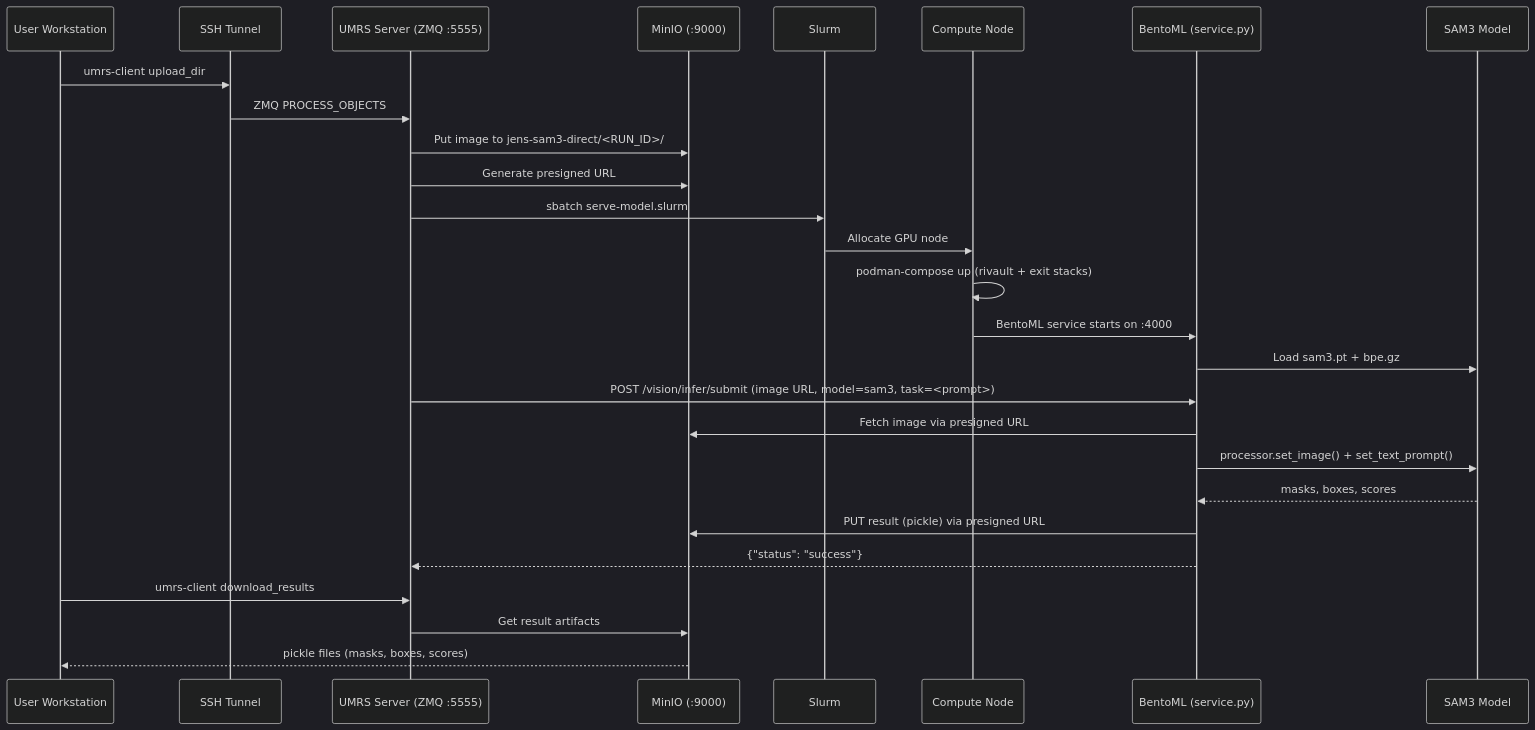
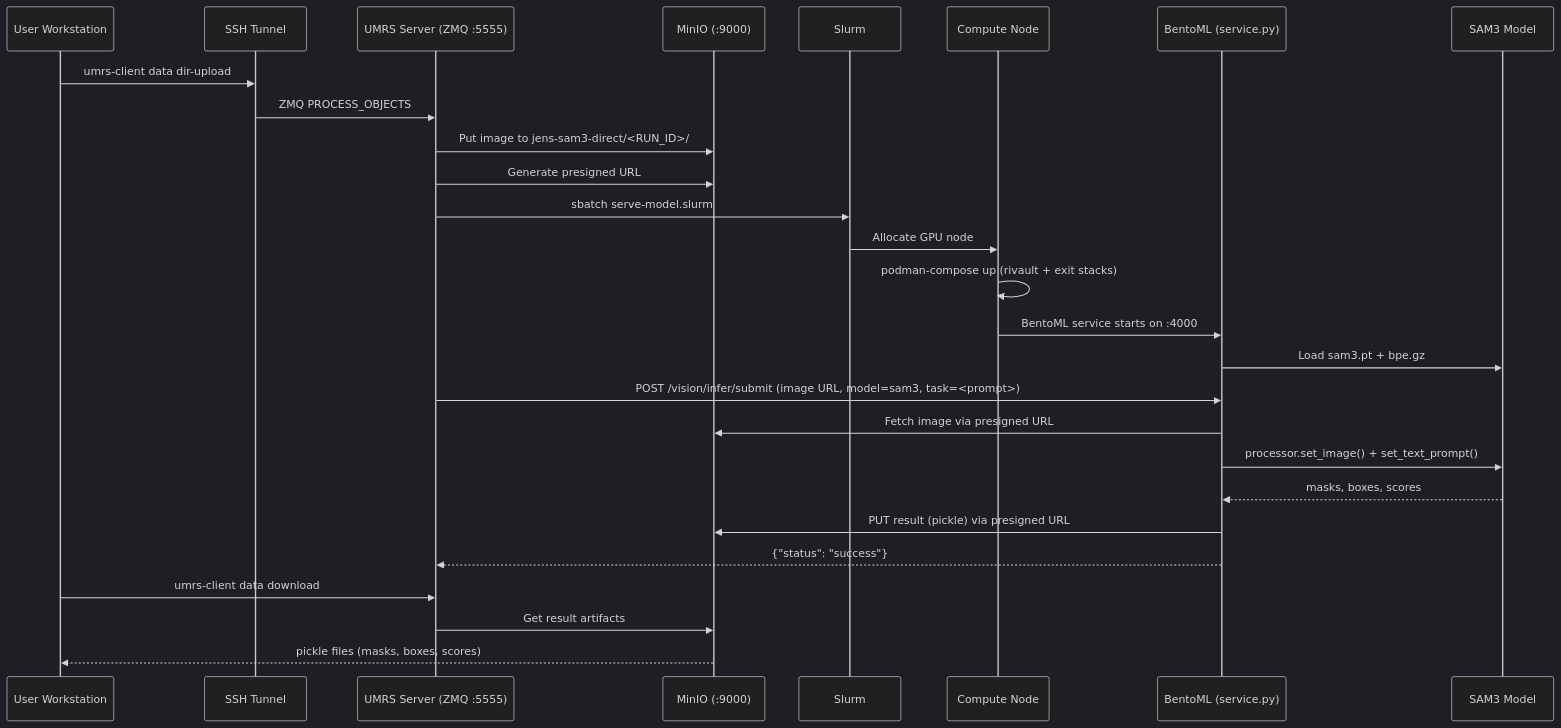
One commit to UMRS-org/umrs changed the diagram in demos_jens/11_sam3_direct/TECHNICAL_FLOW.md. Above: the diagram before and after it, drawn with Mermaid (dark theme). The commit also changed other lines of this file and 58 other files, not shown here.

````diff
--- a/demos_jens/11_sam3_direct/TECHNICAL_FLOW.md
+++ b/demos_jens/11_sam3_direct/TECHNICAL_FLOW.md
@@ -5,30 +5,30 @@
 ```mermaid
 sequenceDiagram
     participant U as User Workstation
     participant T as SSH Tunnel
     participant UMRS as UMRS Server (ZMQ :5555)
     participant S3 as MinIO (:9000)
     participant SL as Slurm
     participant CN as Compute Node
     participant BM as BentoML (service.py)
     participant SAM as SAM3 Model
 
-    U->>T: umrs-client upload_dir
+    U->>T: umrs-client data dir-upload
     T->>UMRS: ZMQ PROCESS_OBJECTS
     UMRS->>S3: Put image to jens-sam3-direct/<RUN_ID>/
     UMRS->>S3: Generate presigned URL
     UMRS->>SL: sbatch serve-model.slurm
     SL->>CN: Allocate GPU node
     CN->>CN: podman-compose up (rivault + exit stacks)
     CN->>BM: BentoML service starts on :4000
     BM->>SAM: Load sam3.pt + bpe.gz
     UMRS->>BM: POST /vision/infer/submit (image URL, model=sam3, task=<prompt>)
     BM->>S3: Fetch image via presigned URL
     BM->>SAM: processor.set_image() + set_text_prompt()
     SAM-->>BM: masks, boxes, scores
     BM->>S3: PUT result (pickle) via presigned URL
     BM-->>UMRS: {"status": "success"}
-    U->>UMRS: umrs-client download_results
+    U->>UMRS: umrs-client data download
     UMRS->>S3: Get result artifacts
     S3-->>U: pickle files (masks, boxes, scores)
 ```
````
